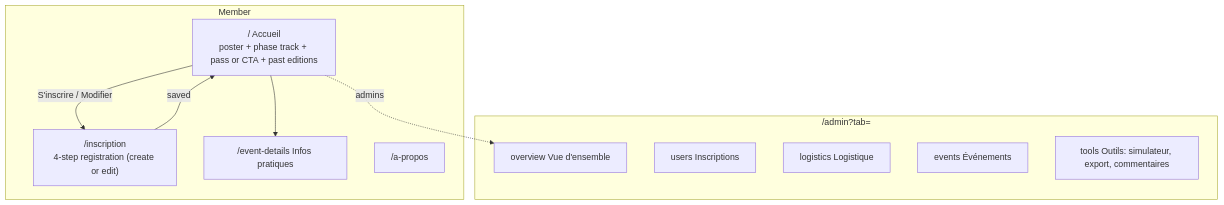
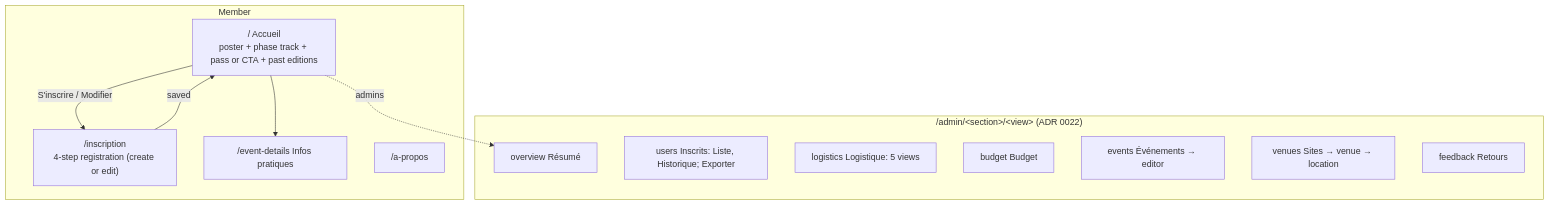
The first of 4 diagrams in .ulpi/design/redesign.md (YULmix/yulmix-la-bedaine), drawn with Mermaid before and after one commit. The commit also changed other lines of this file and 3 other files, not shown here.

First line of the commit message:
docs: admin navigation model and page widths (ADR 0022, #191) (#212)

````diff
--- a/.ulpi/design/redesign.md
+++ b/.ulpi/design/redesign.md
@@ -23,20 +23,22 @@
 ```mermaid
 flowchart TD
   subgraph Member
     H["/ Accueil<br/>poster + phase track + pass or CTA + past editions"]
     R["/inscription<br/>4-step registration (create or edit)"]
     D["/event-details Infos pratiques"]
     A["/a-propos"]
   end
-  subgraph Admin["/admin?tab="]
-    O["overview Vue d'ensemble"]
-    U["users Inscriptions"]
-    L["logistics Logistique"]
-    E["events Événements"]
-    T["tools Outils: simulateur, export, commentaires"]
+  subgraph Admin["/admin/&lt;section&gt;/&lt;view&gt; (ADR 0022)"]
+    O["overview Résumé"]
+    U["users Inscrits: Liste, Historique; Exporter"]
+    L["logistics Logistique: 5 views"]
+    B["budget Budget"]
+    E["events Événements → editor"]
+    S["venues Sites → venue → location"]
+    F["feedback Retours"]
   end
   H -->|S'inscrire / Modifier| R
   R -->|saved| H
   H --> D
   H -. admins .-> O
 ```
````
